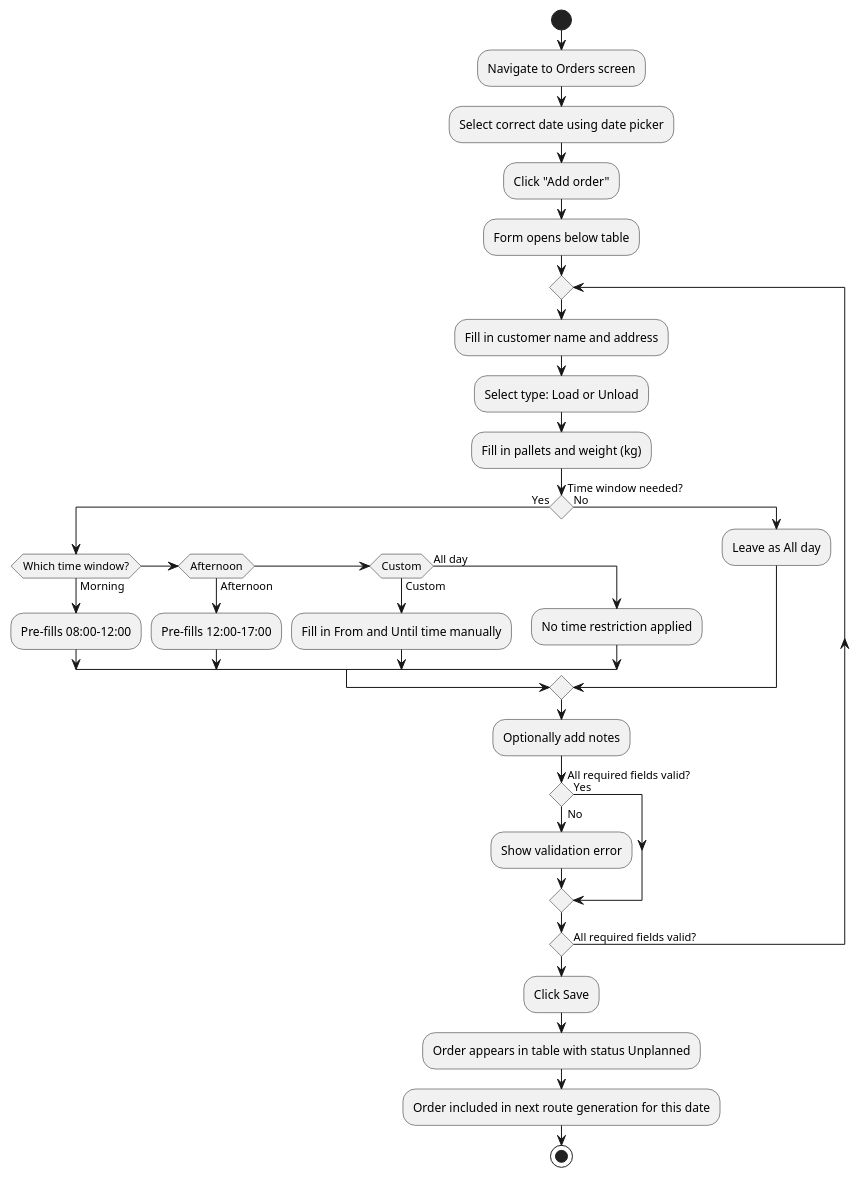
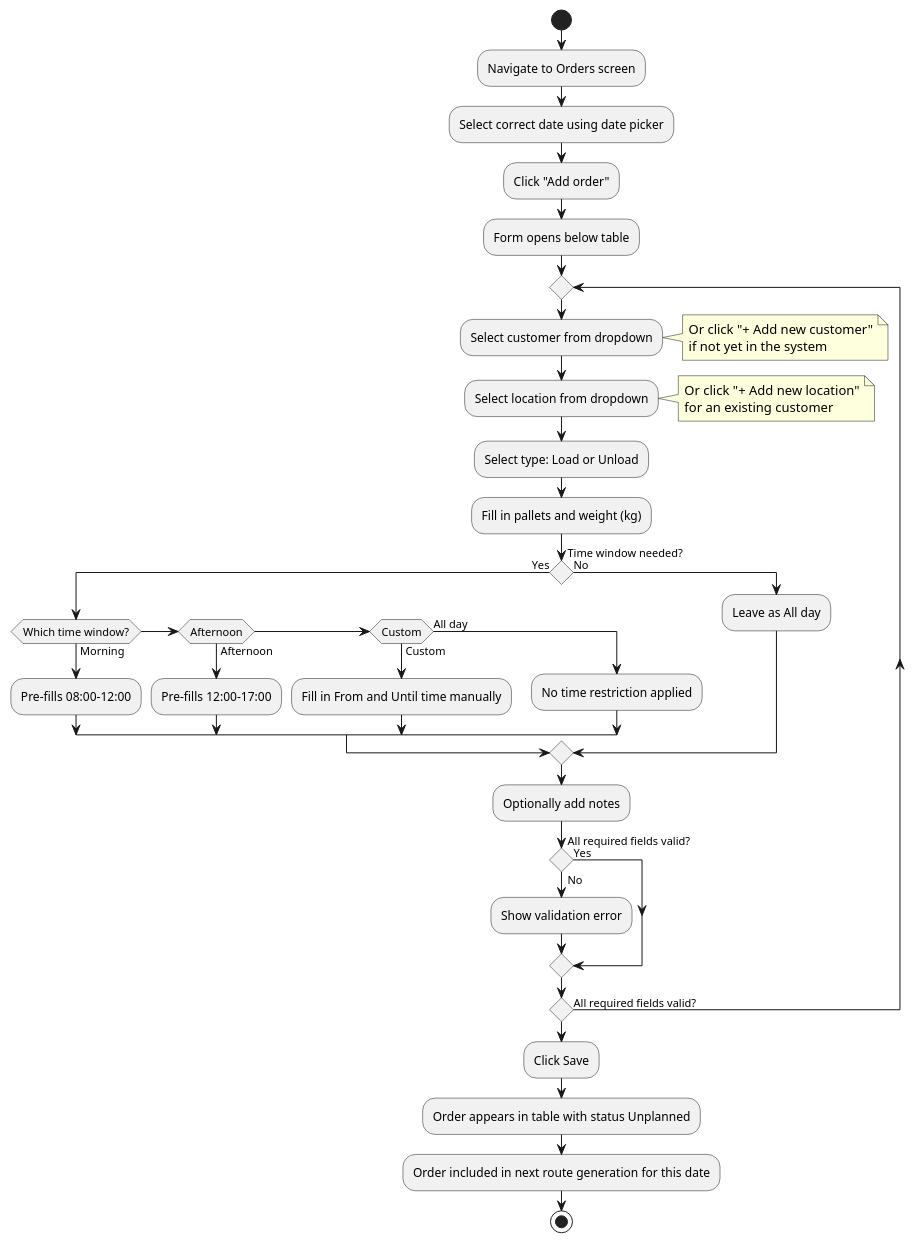
One commit to softwharee/gradrepo changed the third of 5 diagrams in functional-design/readme.md. Above: the diagram before and after it, drawn with PlantUML. The commit also changed other lines of this file and 2 other files, not shown here.

````diff
--- a/functional-design/readme.md
+++ b/functional-design/readme.md
@@ -549,44 +758,47 @@
 ```plantuml
 @startuml
 skinparam conditionStyle diamond
 
 start
 :Navigate to Orders screen;
 :Select correct date using date picker;
 :Click "Add order";
 :Form opens below table;
 
 repeat
-  :Fill in customer name and address;
+  :Select customer from dropdown;
+  note right: Or click "+ Add new customer"\nif not yet in the system
+  :Select location from dropdown;
+  note right: Or click "+ Add new location"\nfor an existing customer
   :Select type: Load or Unload;
   :Fill in pallets and weight (kg);
 
   if (Time window needed?) then (Yes)
     if (Which time window?) then (Morning)
       :Pre-fills 08:00–12:00;
     else if (Afternoon) then (Afternoon)
       :Pre-fills 12:00–17:00;
     else if (Custom) then (Custom)
       :Fill in From and Until time manually;
     else (All day)
       :No time restriction applied;
     endif
   else (No)
     :Leave as All day;
   endif
 
   :Optionally add notes;
 
   if (All required fields valid?) then (Yes)
   else (No)
     :Show validation error;
   endif
 repeat while (All required fields valid?) is (No)
 
 :Click Save;
 :Order appears in table with status Unplanned;
 :Order included in next route generation for this date;
 
 stop
 @enduml
 ```
````
